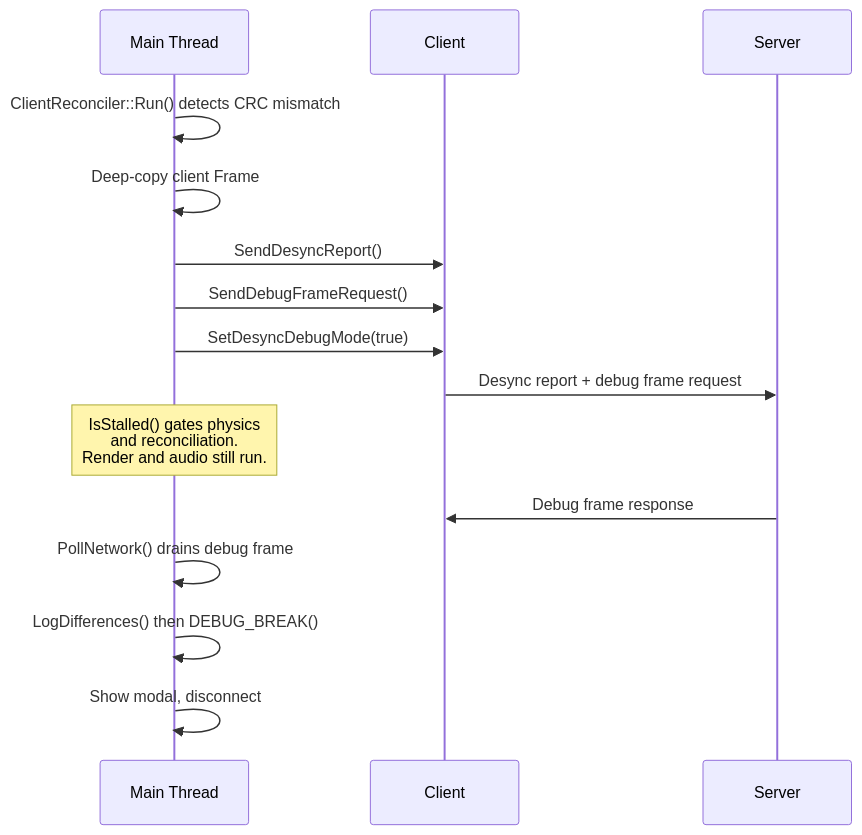
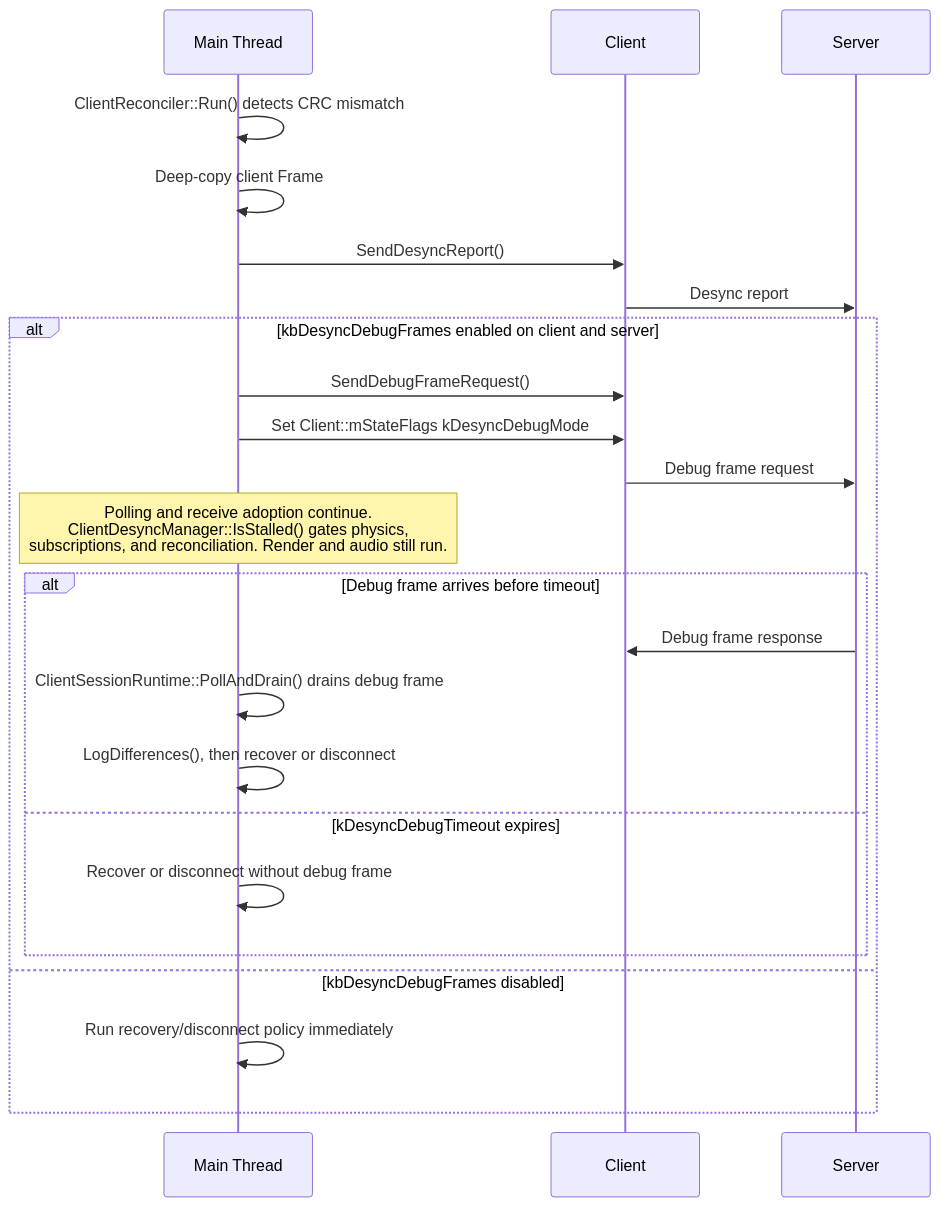
One commit to DougTanner/BrokenEnginePublic changed the fourth of 5 diagrams in Documents/Architecture/GameReconciliation.md. Above: the diagram before and after it, drawn with Mermaid. The commit also changed other lines of this file and 383 other files, not shown here.

````diff
--- a/Documents/Architecture/GameReconciliation.md
+++ b/Documents/Architecture/GameReconciliation.md
@@ -125,22 +133,28 @@
 ```mermaid
 %%{init: {'theme': 'default'}}%%
 sequenceDiagram
     participant Main as Main Thread
     participant Net as Client
     participant Server
 
     Main->>Main: ClientReconciler::Run() detects CRC mismatch
     Main->>Main: Deep-copy client Frame
     Main->>Net: SendDesyncReport()
-    Main->>Net: SendDebugFrameRequest()
-    Main->>Net: SetDesyncDebugMode(true)
-    Net->>Server: Desync report + debug frame request
+    Net->>Server: Desync report
 
-    Note over Main: IsStalled() gates physics<br/>and reconciliation.<br/>Render and audio still run.
-
-    Server->>Net: Debug frame response
-    Main->>Main: PollNetwork() drains debug frame
-    Main->>Main: LogDifferences() then DEBUG_BREAK()
-
-    Main->>Main: Show modal, disconnect
+    alt kbDesyncDebugFrames enabled on client and server
+        Main->>Net: SendDebugFrameRequest()
+        Main->>Net: Set Client::mStateFlags kDesyncDebugMode
+        Net->>Server: Debug frame request
+        Note over Main: Polling and receive adoption continue.<br/>ClientDesyncManager::IsStalled() gates physics,<br/>subscriptions, and reconciliation. Render and audio still run.
+        alt Debug frame arrives before timeout
+            Server->>Net: Debug frame response
+            Main->>Main: ClientSessionRuntime::PollAndDrain() drains debug frame
+            Main->>Main: LogDifferences(), then recover or disconnect
+        else kDesyncDebugTimeout expires
+            Main->>Main: Recover or disconnect without debug frame
+        end
+    else kbDesyncDebugFrames disabled
+        Main->>Main: Run recovery/disconnect policy immediately
+    end
 ```
````
